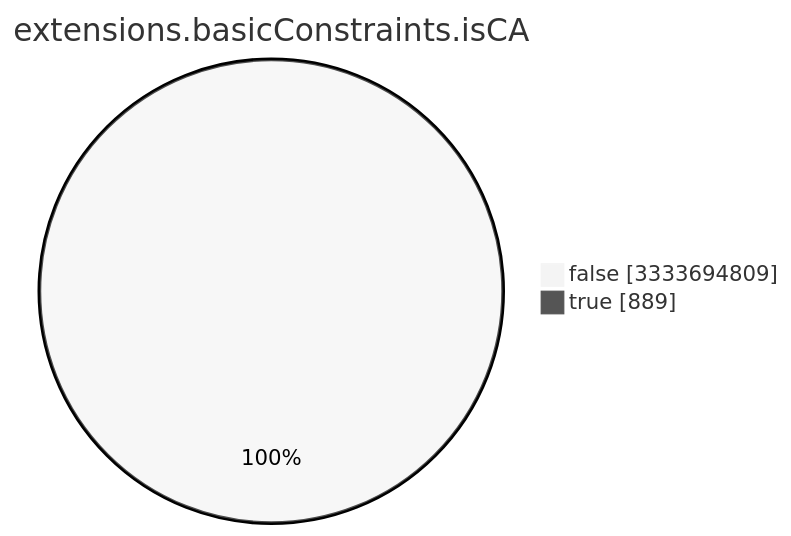
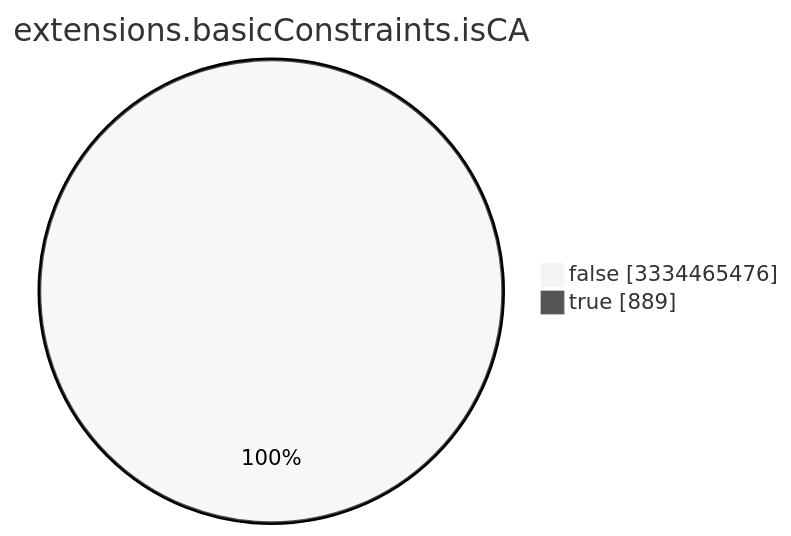
The seventh of 15 diagrams in TOTAL/README.md (christiankrug/ctmonitor_visualization), drawn with Mermaid (neutral theme) before and after one commit. The commit also changed other lines of this file, not shown here.

````diff
--- a/TOTAL/README.md
+++ b/TOTAL/README.md
@@ -3089,6 +3089,6 @@
 ```mermaid
 pie showData
 title extensions.basicConstraints.isCA
-"false" :3333694809
+"false" :3334465476
 "true" :889
 ```
````
